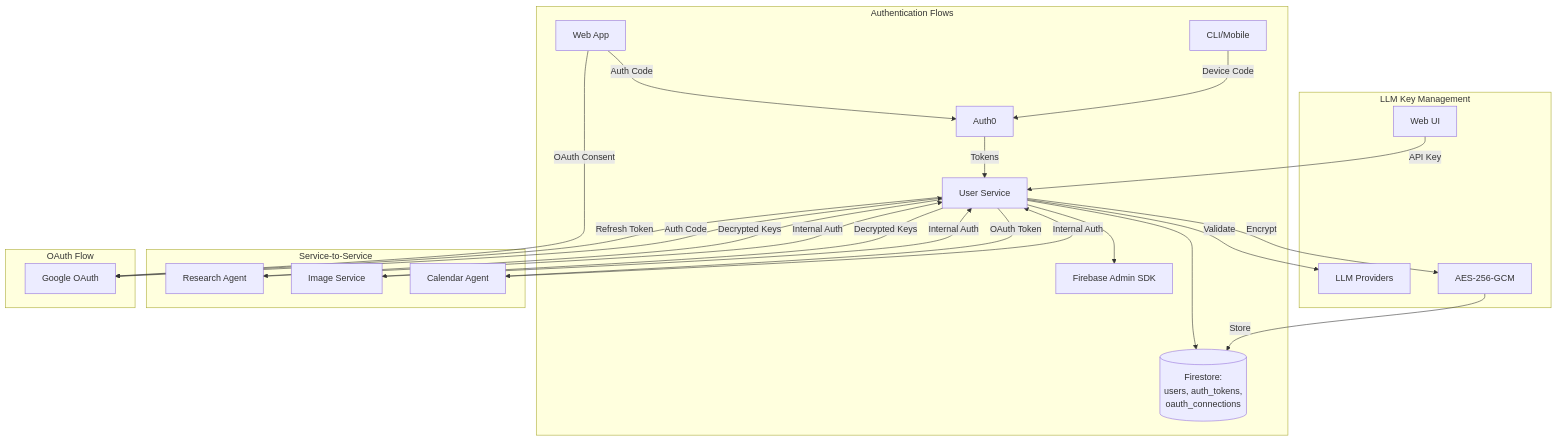
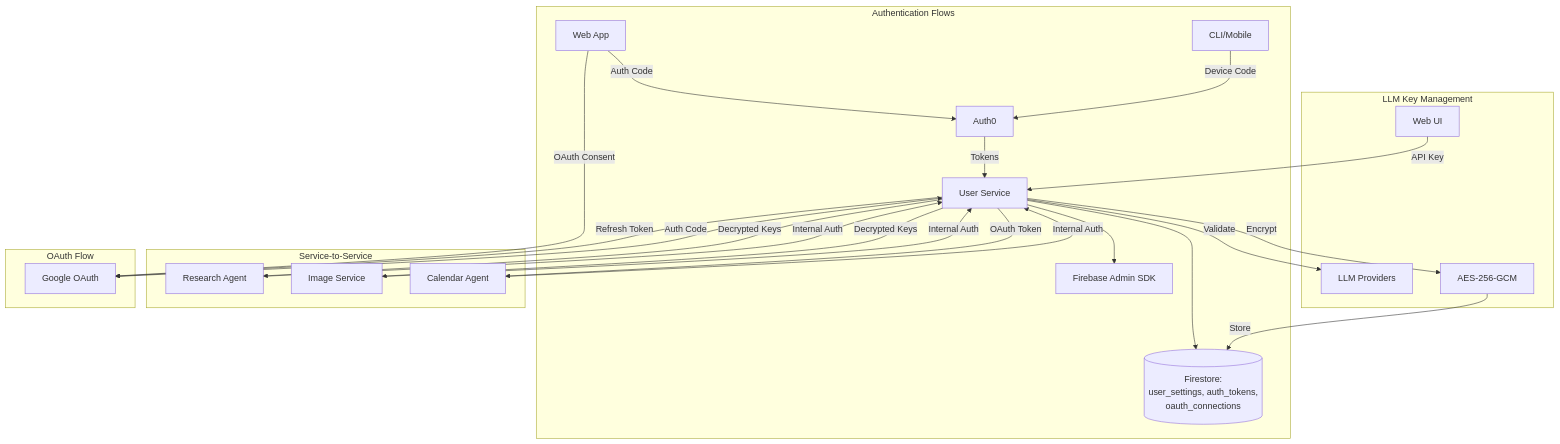
One commit to pbuchman/intexuraos changed the first of 2 diagrams in docs/services/user-service/technical.md. Above: the diagram before and after it, drawn with Mermaid. The commit also changed other lines of this file and 147 other files, not shown here.

````diff
--- a/docs/services/user-service/technical.md
+++ b/docs/services/user-service/technical.md
@@ -9,33 +9,33 @@
 ```mermaid
 graph TB
     subgraph "Authentication Flows"
         Web[Web App] -->|Auth Code| A0[Auth0]
         CLI[CLI/Mobile] -->|Device Code| A0
         A0 -->|Tokens| US[User Service]
 
-        US --> FS[(Firestore:<br/>users, auth_tokens,<br/>oauth_connections)]
+        US --> FS[(Firestore:<br/>user_settings, auth_tokens,<br/>oauth_connections)]
         US --> FB[Firebase Admin SDK]
     end
 
     subgraph "LLM Key Management"
         WebUI[Web UI] -->|API Key| US
         US -->|Validate| LLM[LLM Providers]
         US -->|Encrypt| KMS[AES-256-GCM]
         KMS -->|Store| FS
     end
 
     subgraph "Service-to-Service"
         RA[Research Agent] -->|Internal Auth| US
         IA[Image Service] -->|Internal Auth| US
         CA[Calendar Agent] -->|Internal Auth| US
         US -->|Decrypted Keys| RA
         US -->|Decrypted Keys| IA
         US -->|OAuth Token| CA
     end
 
     subgraph "OAuth Flow"
         Web -->|OAuth Consent| Google[Google OAuth]
         Google -->|Auth Code| US
         US -->|Refresh Token| Google
     end
 ```
````
